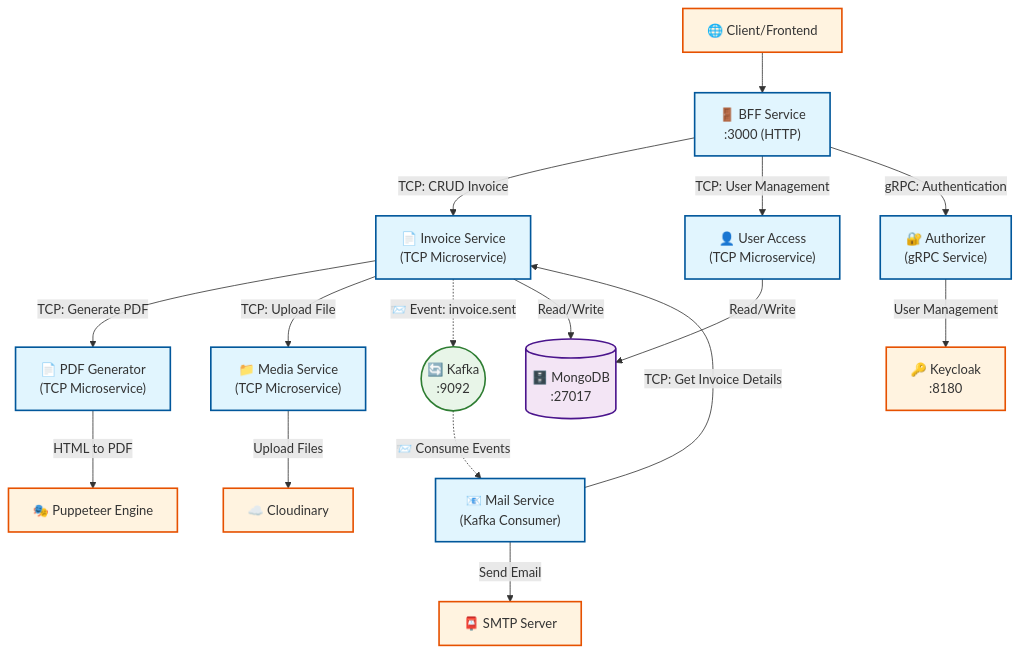
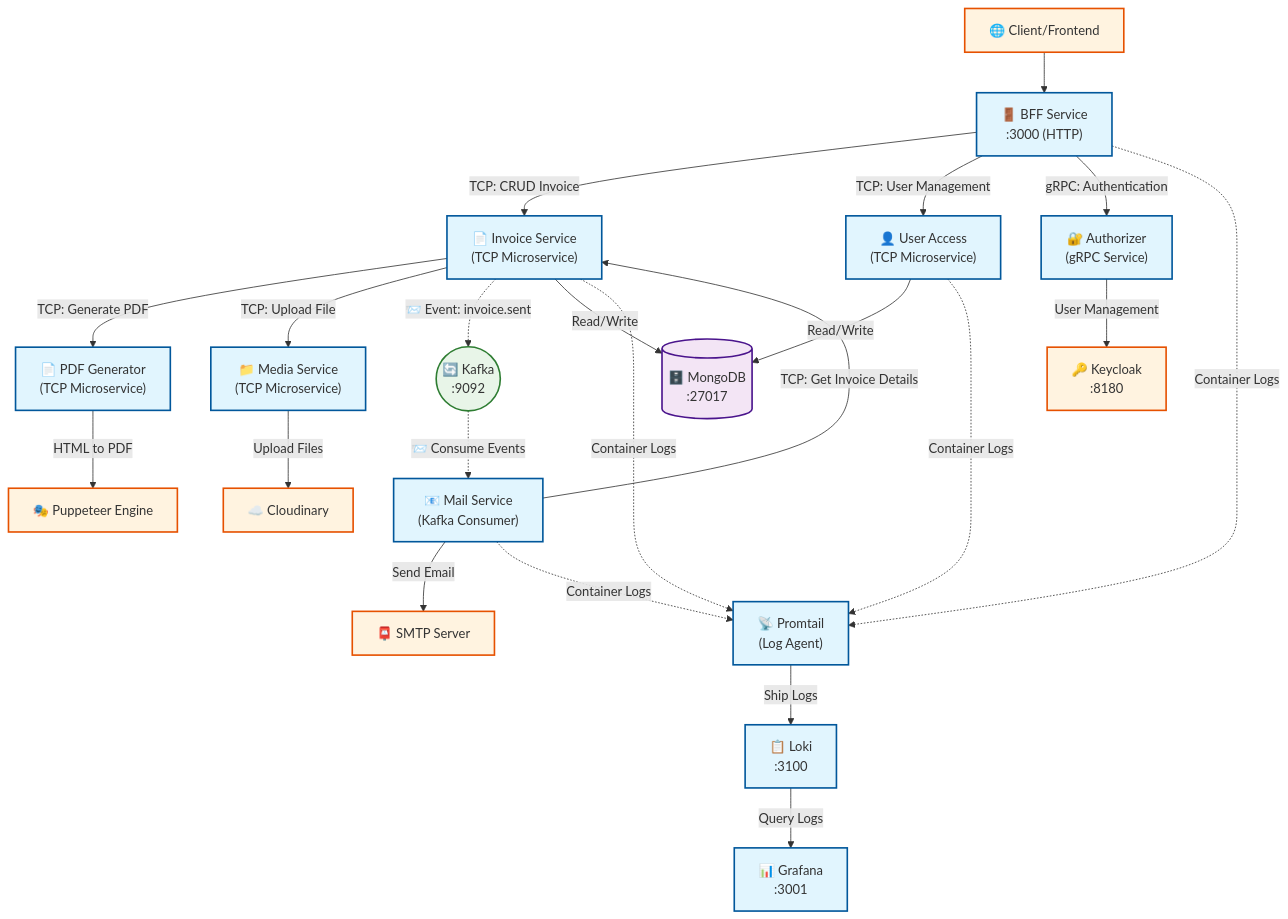
The first of 6 diagrams in TEACHING_GUIDE.md (thanhmati/einvoice-backend), drawn with Mermaid before and after one commit. The commit also changed other lines of this file and 4 other files, not shown here.

Commit message:
Add centralized logging with Grafana, Loki, and Promtail

````diff
--- a/TEACHING_GUIDE.md
+++ b/TEACHING_GUIDE.md
@@ -47,42 +50,56 @@
 ```mermaid
 graph TB
     %% External Layer
     Client["🌐 Client/Frontend"] --> BFF["🚪 BFF Service<br/>:3000 (HTTP)"]
     
     %% BFF TCP Connections
     BFF -->|"TCP: CRUD Invoice"| Invoice["📄 Invoice Service<br/>(TCP Microservice)"]
     BFF -->|"TCP: User Management"| UserAccess["👤 User Access<br/>(TCP Microservice)"]
     BFF -->|"gRPC: Authentication"| Auth["🔐 Authorizer<br/>(gRPC Service)"]
     
     %% Invoice Service TCP Connections
     Invoice -->|"TCP: Generate PDF"| PDF["📄 PDF Generator<br/>(TCP Microservice)"]
     Invoice -->|"TCP: Upload File"| Media["📁 Media Service<br/>(TCP Microservice)"]
     
     %% Mail Service Connections
     Mail -->|"TCP: Get Invoice Details"| Invoice
     
     %% Kafka Asynchronous Events
     Invoice -.->|"📨 Event: invoice.sent"| Kafka(("🔄 Kafka<br/>:9092"))
     Kafka -.->|"📨 Consume Events"| Mail["📧 Mail Service<br/>(Kafka Consumer)"]
     
     %% Database Connections
     Invoice -->|"Read/Write"| MongoDB[("🗄️ MongoDB<br/>:27017")]
     UserAccess -->|"Read/Write"| MongoDB
     
     %% External Services
     Media -->|"Upload Files"| Cloudinary["☁️ Cloudinary"]
     PDF -->|"HTML to PDF"| Puppeteer["🎭 Puppeteer Engine"]
     Mail -->|"Send Email"| SMTP["📮 SMTP Server"]
     Auth -->|"User Management"| Keycloak["🔑 Keycloak<br/>:8180"]
     
+    %% Logging Infrastructure
+    Promtail["📡 Promtail<br/>(Log Agent)"]
+    Loki["📋 Loki<br/>:3100"]
+    Grafana["📊 Grafana<br/>:3001"]
+    
+    %% Log Flow
+    BFF -.->|"Container Logs"| Promtail
+    Invoice -.->|"Container Logs"| Promtail
+    UserAccess -.->|"Container Logs"| Promtail
+    Mail -.->|"Container Logs"| Promtail
+    Promtail -->|"Ship Logs"| Loki
+    Loki -->|"Query Logs"| Grafana
+    
     %% Styling
     classDef serviceBox fill:#e1f5fe,stroke:#01579b,stroke-width:2px
     classDef dbBox fill:#f3e5f5,stroke:#4a148c,stroke-width:2px
     classDef externalBox fill:#fff3e0,stroke:#e65100,stroke-width:2px
     classDef eventBox fill:#e8f5e8,stroke:#2e7d32,stroke-width:2px
     
     class BFF,Invoice,UserAccess,Auth,PDF,Media,Mail serviceBox
     class MongoDB dbBox
     class Client,Cloudinary,Puppeteer,SMTP,Keycloak externalBox
     class Kafka eventBox
+    class Promtail,Loki,Grafana serviceBox
 ```
````
